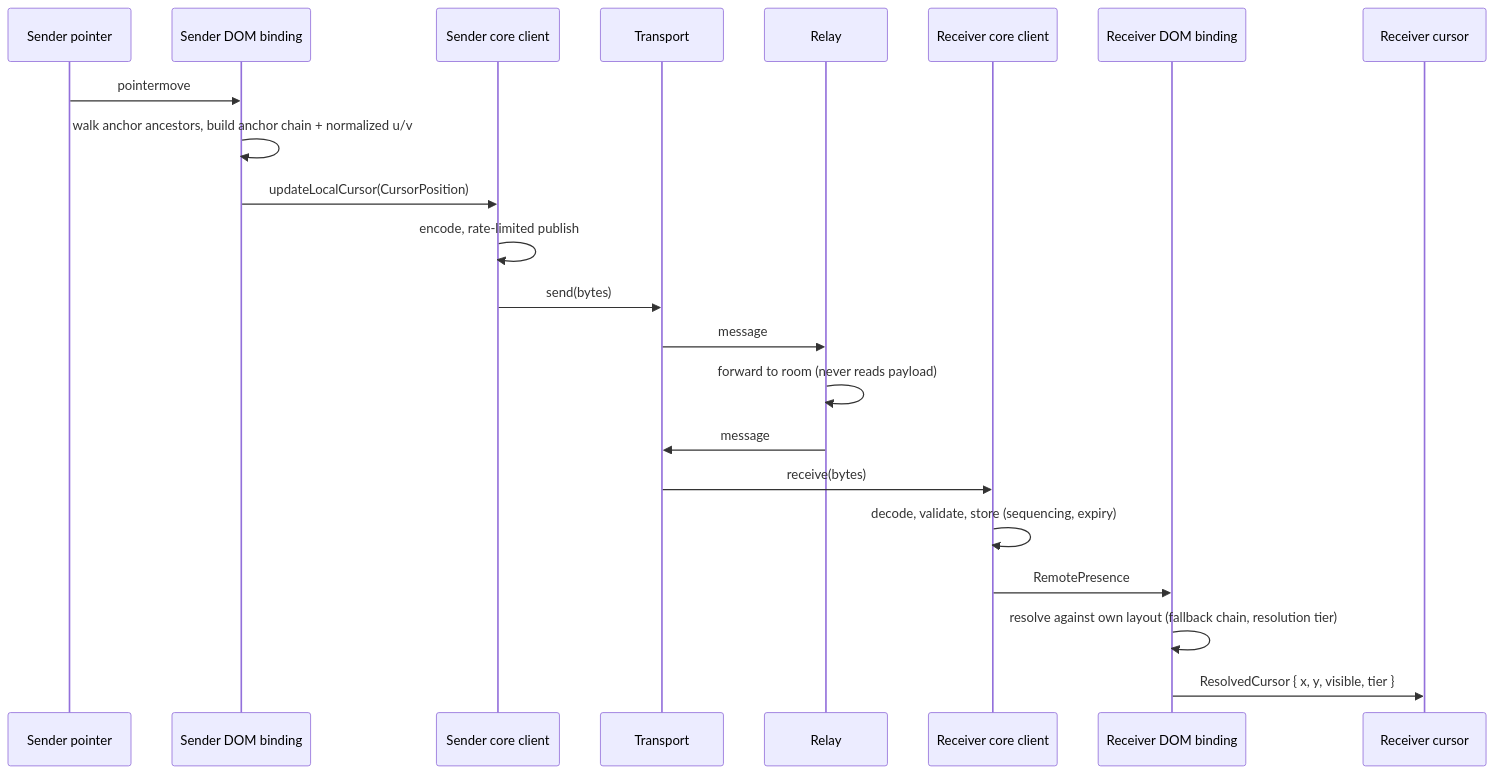
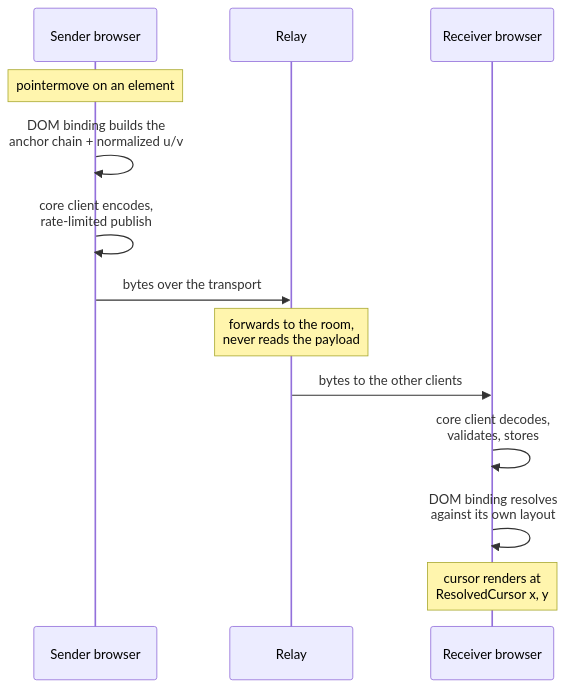
The second of 2 diagrams in apps/docs/content/docs/get-started/concepts/how-it-works.mdx (DammersCode/anchor-presence), drawn with Mermaid before and after one commit. The commit also changed 1 other file, not shown here.

Commit message:
fit the how-it-works sequence diagram in the content column

````diff
--- a/apps/docs/content/docs/get-started/concepts/how-it-works.mdx
+++ b/apps/docs/content/docs/get-started/concepts/how-it-works.mdx
@@ -33,25 +33,16 @@
 ```mermaid
 sequenceDiagram
-    participant SP as Sender pointer
-    participant SD as Sender DOM binding
-    participant SC as Sender core client
-    participant T as Transport
+    participant S as Sender browser
     participant R as Relay
-    participant RC as Receiver core client
-    participant RD as Receiver DOM binding
-    participant RCu as Receiver cursor
+    participant V as Receiver browser
 
-    SP->>SD: pointermove
-    SD->>SD: walk anchor ancestors, build anchor chain + normalized u/v
-    SD->>SC: updateLocalCursor(CursorPosition)
-    SC->>SC: encode, rate-limited publish
-    SC->>T: send(bytes)
-    T->>R: message
-    R->>R: forward to room (never reads payload)
-    R->>T: message
-    T->>RC: receive(bytes)
-    RC->>RC: decode, validate, store (sequencing, expiry)
-    RC->>RD: RemotePresence
-    RD->>RD: resolve against own layout (fallback chain, resolution tier)
-    RD->>RCu: ResolvedCursor { x, y, visible, tier }
+    Note over S: pointermove on an element
+    S->>S: DOM binding builds the<br/>anchor chain + normalized u/v
+    S->>S: core client encodes,<br/>rate-limited publish
+    S->>R: bytes over the transport
+    Note over R: forwards to the room,<br/>never reads the payload
+    R->>V: bytes to the other clients
+    V->>V: core client decodes,<br/>validates, stores
+    V->>V: DOM binding resolves<br/>against its own layout
+    Note over V: cursor renders at<br/>ResolvedCursor x, y
 ```
````
